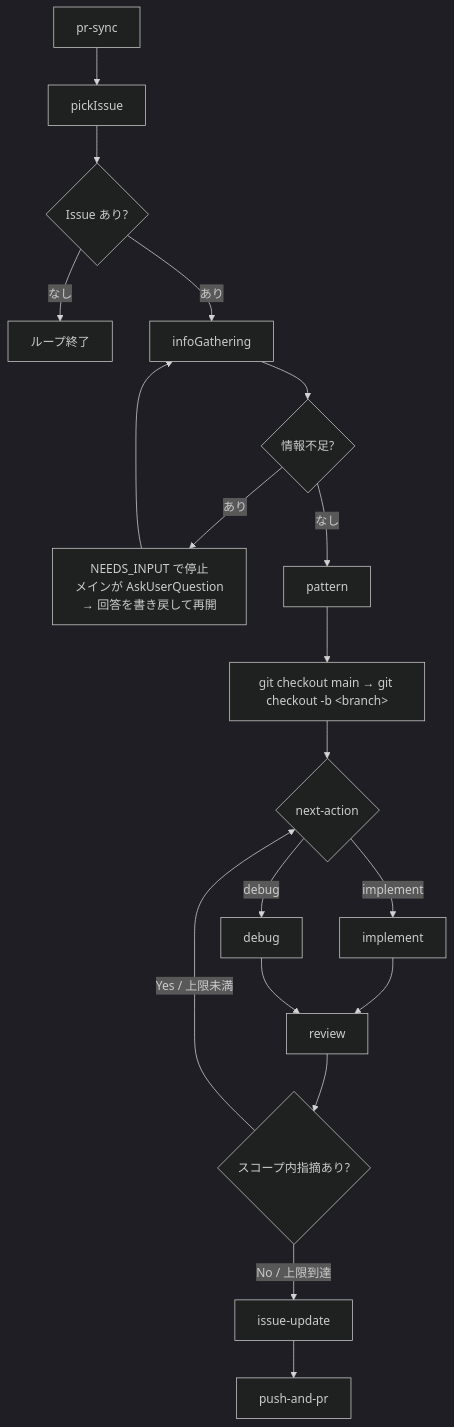
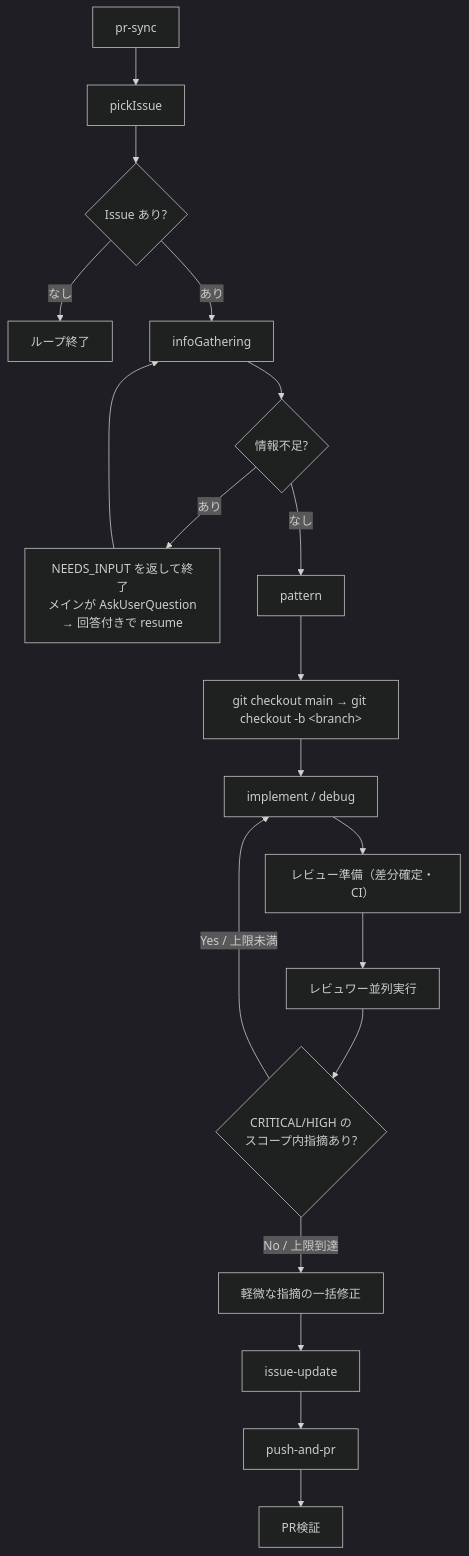
One commit to cou723/issue_loop changed the diagram in spec.md. Above: the diagram before and after it, drawn with Mermaid (dark theme). The commit also changed other lines of this file and 12 other files, not shown here.

````diff
--- a/spec.md
+++ b/spec.md
@@ -30,21 +36,21 @@
 ```mermaid
 flowchart TD
     A[pr-sync] --> B[pickIssue]
     B --> C{Issue あり?}
     C -- なし --> Z[ループ終了]
     C -- あり --> D[infoGathering]
     D --> N{情報不足?}
-    N -- "あり" --> Q["NEEDS_INPUT で停止<br/>メインが AskUserQuestion<br/>→ 回答を書き戻して再開"]
+    N -- "あり" --> Q["NEEDS_INPUT を返して終了<br/>メインが AskUserQuestion<br/>→ 回答付きで resume"]
     Q --> D
     N -- "なし" --> E[pattern]
     E --> F["git checkout main → git checkout -b &lt;branch&gt;"]
-    F --> G{next-action}
-    G -- implement --> H[implement]
-    G -- debug --> I[debug]
-    H --> J[review]
-    I --> J
-    J --> K{スコープ内指摘あり?}
+    F --> G[implement / debug]
+    G --> P["レビュー準備（差分確定・CI）"]
+    P --> J[レビュワー並列実行]
+    J --> K{"CRITICAL/HIGH の<br/>スコープ内指摘あり?"}
     K -- "Yes / 上限未満" --> G
-    K -- "No / 上限到達" --> L[issue-update]
+    K -- "No / 上限到達" --> R[軽微な指摘の一括修正]
+    R --> L[issue-update]
     L --> M[push-and-pr]
+    M --> V[PR検証]
 ```
````
